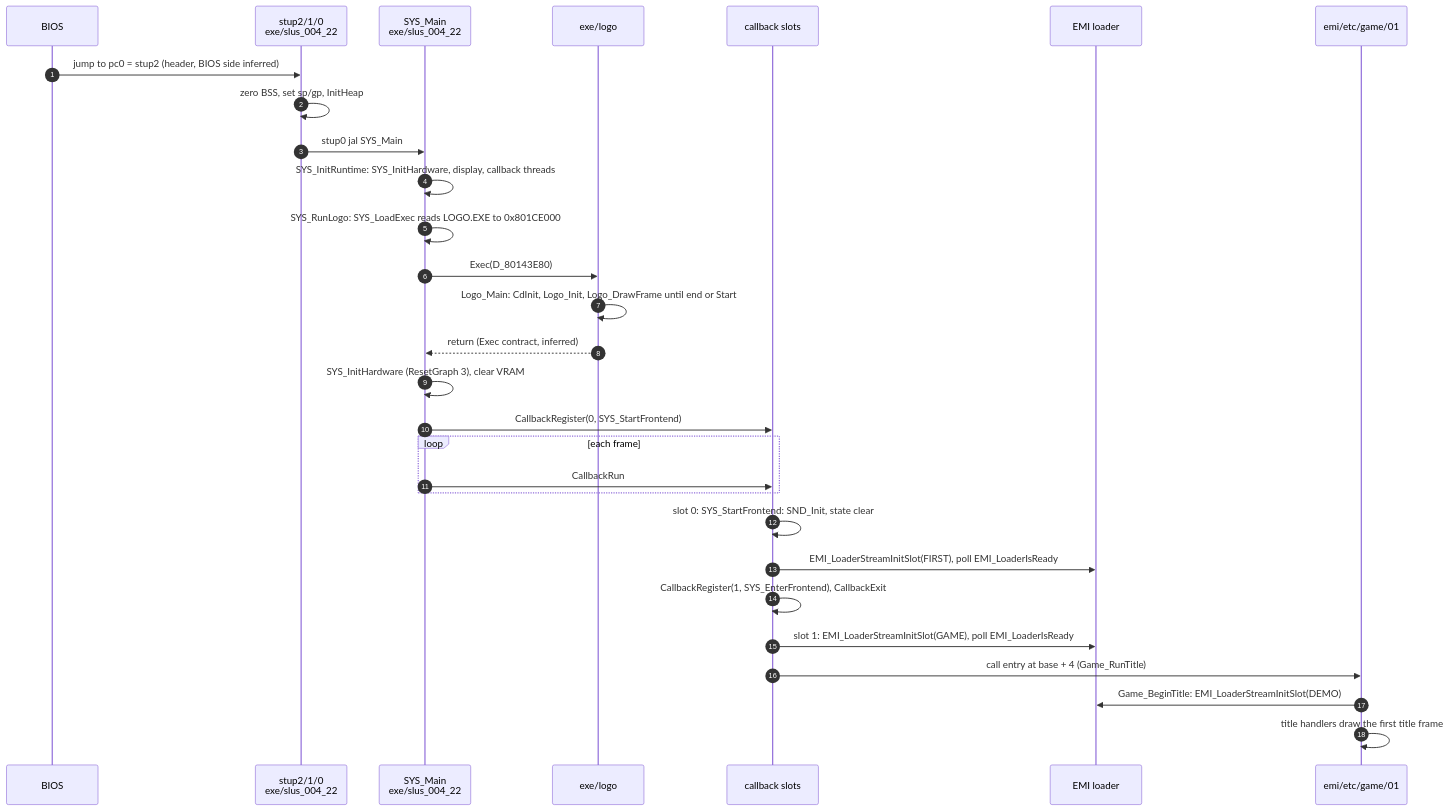
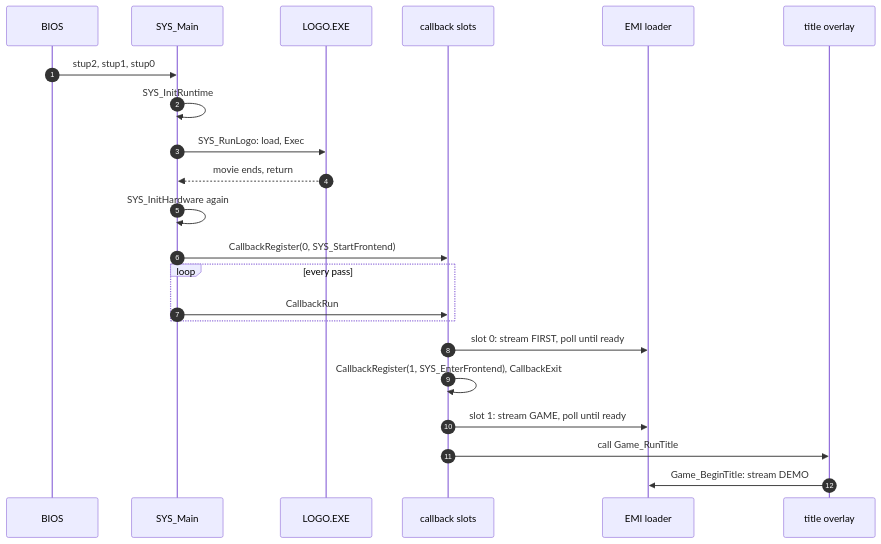
The diagram in src/game/architecture/boot.md (kerokline/bof3-wiki), drawn with Mermaid before and after one commit. The commit also changed other lines of this file, not shown here.

Commit message:
docs(wiki): explain the boot path in prose and name the logo movie

````diff
--- a/src/game/architecture/boot.md
+++ b/src/game/architecture/boot.md
@@ -161,32 +81,25 @@
 ```mermaid
 sequenceDiagram
     autonumber
     participant B as BIOS
-    participant C as stup2/1/0<br/>exe/slus_004_22
-    participant M as SYS_Main<br/>exe/slus_004_22
-    participant L as exe/logo
+    participant M as SYS_Main
+    participant L as LOGO.EXE
     participant S as callback slots
     participant E as EMI loader
-    participant T as emi/etc/game/01
+    participant T as title overlay
 
-    B->>C: jump to pc0 = stup2 (header, BIOS side inferred)
-    C->>C: zero BSS, set sp/gp, InitHeap
-    C->>M: stup0 jal SYS_Main
-    M->>M: SYS_InitRuntime: SYS_InitHardware, display, callback threads
-    M->>M: SYS_RunLogo: SYS_LoadExec reads LOGO.EXE to 0x801CE000
-    M->>L: Exec(D_80143E80)
-    L->>L: Logo_Main: CdInit, Logo_Init, Logo_DrawFrame until end or Start
-    L-->>M: return (Exec contract, inferred)
-    M->>M: SYS_InitHardware (ResetGraph 3), clear VRAM
+    B->>M: stup2, stup1, stup0
+    M->>M: SYS_InitRuntime
+    M->>L: SYS_RunLogo: load, Exec
+    L-->>M: movie ends, return
+    M->>M: SYS_InitHardware again
     M->>S: CallbackRegister(0, SYS_StartFrontend)
-    loop each frame
+    loop every pass
         M->>S: CallbackRun
     end
-    S->>S: slot 0: SYS_StartFrontend: SND_Init, state clear
-    S->>E: EMI_LoaderStreamInitSlot(FIRST), poll EMI_LoaderIsReady
+    S->>E: slot 0: stream FIRST, poll until ready
     S->>S: CallbackRegister(1, SYS_EnterFrontend), CallbackExit
-    S->>E: slot 1: EMI_LoaderStreamInitSlot(GAME), poll EMI_LoaderIsReady
-    S->>T: call entry at base + 4 (Game_RunTitle)
-    T->>E: Game_BeginTitle: EMI_LoaderStreamInitSlot(DEMO)
-    T->>T: title handlers draw the first title frame
+    S->>E: slot 1: stream GAME, poll until ready
+    S->>T: call Game_RunTitle
+    T->>E: Game_BeginTitle: stream DEMO
 ```
````
